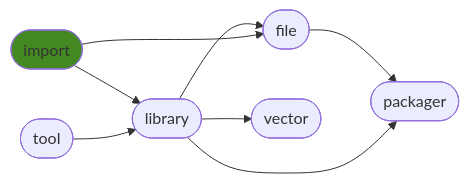
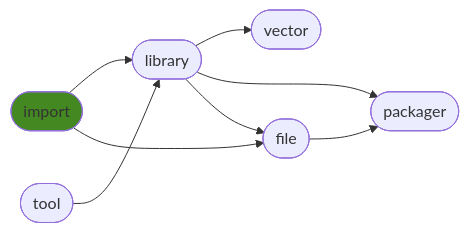
The diagram in README.md (ManderaGeneral/generalimport), drawn with Mermaid before and after one commit. The commit also changed other lines of this file, not shown here.

````diff
--- a/README.md
+++ b/README.md
@@ -28,17 +28,17 @@
 ```mermaid
 flowchart LR
+0([import]) --> 2([library])
+0([import]) --> 3([file])
 2([library]) --> 4([vector])
-0([import]) --> 2([library])
+2([library]) --> 5([packager])
+1([tool]) --> 2([library])
+3([file]) --> 5([packager])
 2([library]) --> 3([file])
-3([file]) --> 5([packager])
-1([tool]) --> 2([library])
-0([import]) --> 3([file])
-2([library]) --> 5([packager])
 click 0 "https://github.com/ManderaGeneral/generalimport"
 click 1 "https://github.com/ManderaGeneral/generaltool"
 click 2 "https://github.com/ManderaGeneral/generallibrary"
 click 3 "https://github.com/ManderaGeneral/generalfile"
 click 4 "https://github.com/ManderaGeneral/generalvector"
 click 5 "https://github.com/ManderaGeneral/generalpackager"
 style 0 fill:#482
 ```
````
